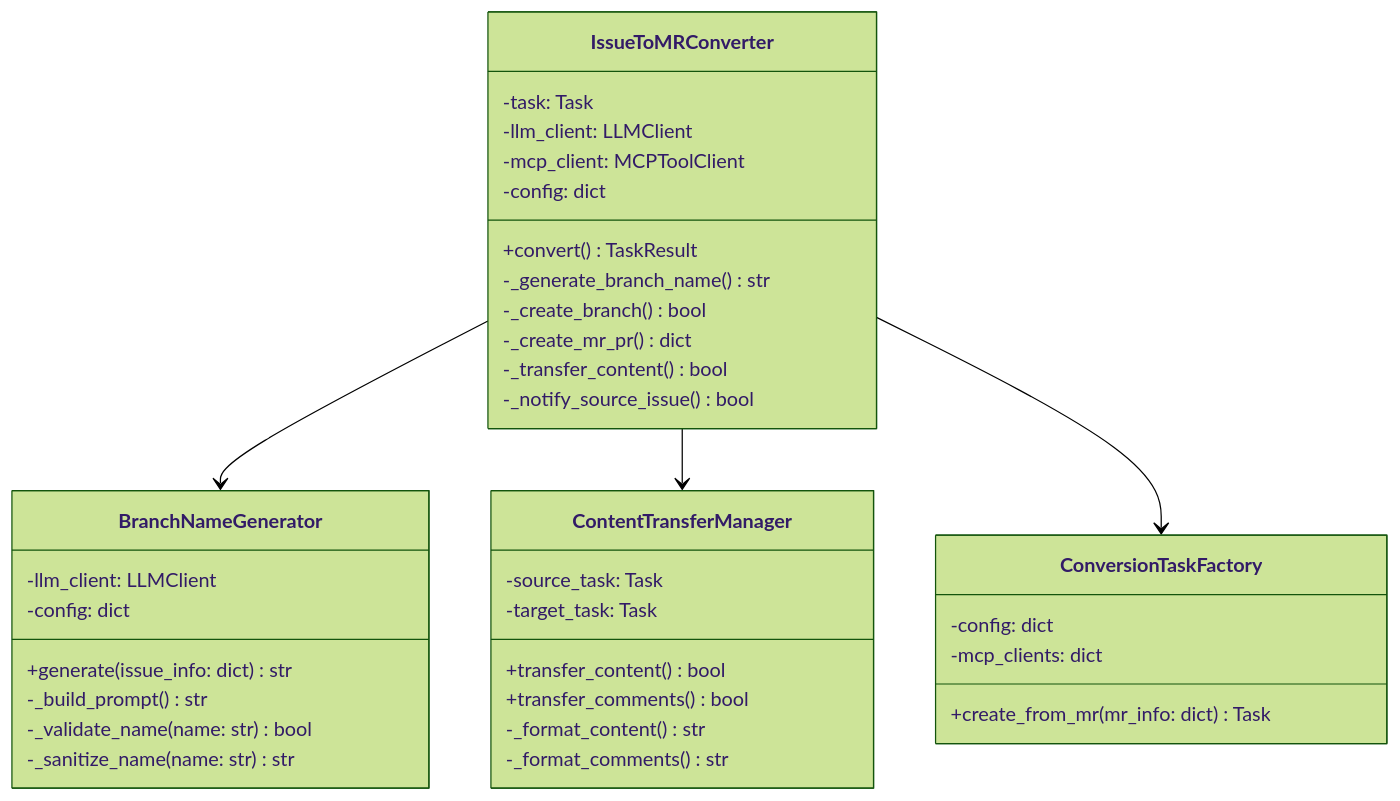
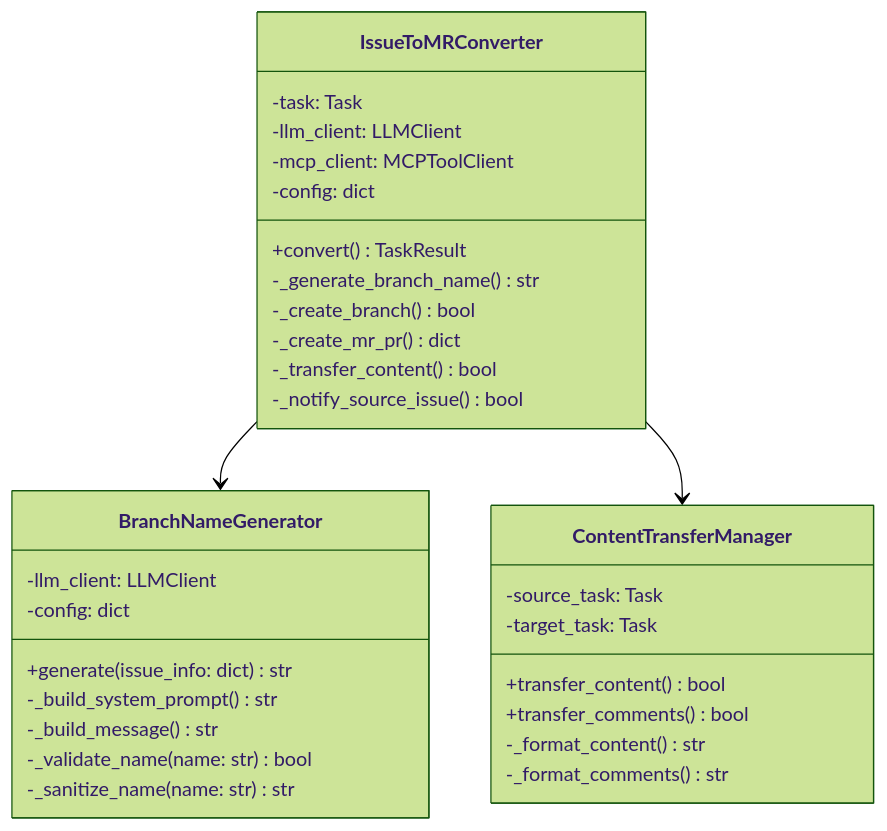
One commit to notfolder/coding_agent changed the second of 3 diagrams in docs/spec/ISSUE_TO_MR_CONVERSION_SPECIFICATION.md. Above: the diagram before and after it, drawn with Mermaid (forest theme). The commit also changed other lines of this file and 1 other file, not shown here.

````diff
--- a/docs/spec/ISSUE_TO_MR_CONVERSION_SPECIFICATION.md
+++ b/docs/spec/ISSUE_TO_MR_CONVERSION_SPECIFICATION.md
@@ -431,43 +400,37 @@
 ```mermaid
 classDiagram
     class IssueToMRConverter {
         -task: Task
         -llm_client: LLMClient
         -mcp_client: MCPToolClient
         -config: dict
         +convert() TaskResult
         -_generate_branch_name() str
         -_create_branch() bool
         -_create_mr_pr() dict
         -_transfer_content() bool
         -_notify_source_issue() bool
     }
     
     class BranchNameGenerator {
         -llm_client: LLMClient
         -config: dict
         +generate(issue_info: dict) str
-        -_build_prompt() str
+        -_build_system_prompt() str
+        -_build_message() str
         -_validate_name(name: str) bool
         -_sanitize_name(name: str) str
     }
     
     class ContentTransferManager {
         -source_task: Task
         -target_task: Task
         +transfer_content() bool
         +transfer_comments() bool
         -_format_content() str
         -_format_comments() str
     }
     
-    class ConversionTaskFactory {
-        -config: dict
-        -mcp_clients: dict
-        +create_from_mr(mr_info: dict) Task
-    }
-    
     IssueToMRConverter --> BranchNameGenerator
     IssueToMRConverter --> ContentTransferManager
-    IssueToMRConverter --> ConversionTaskFactory
 ```
````
